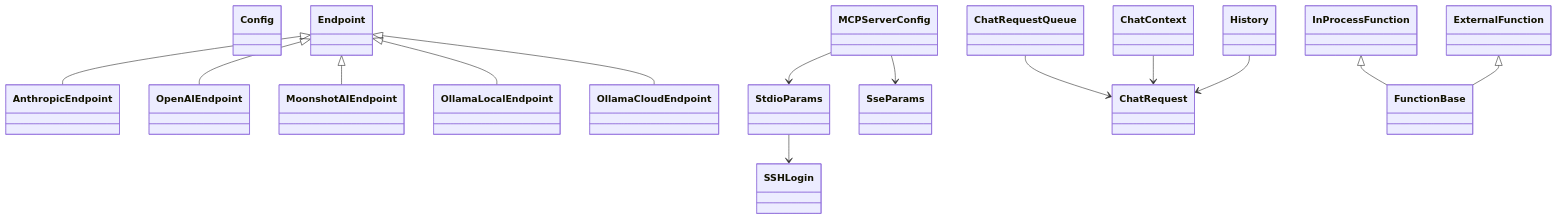
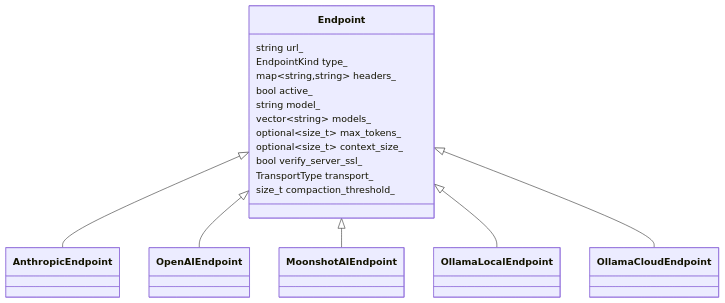
Before and after one commit to eranif/assistant: the first of 4 diagrams in .agents/summary/data_models.md, drawn with Mermaid. The commit also changed other lines of this file and 9 other files, not shown here.

````diff
--- a/.agents/summary/data_models.md
+++ b/.agents/summary/data_models.md
@@ -57,35 +94,26 @@
 ```mermaid
 classDiagram
-  class Config
-  class Endpoint
+  class Endpoint {
+    string url_
+    EndpointKind type_
+    map~string,string~ headers_
+    bool active_
+    string model_
+    vector~string~ models_
+    optional~size_t~ max_tokens_
+    optional~size_t~ context_size_
+    bool verify_server_ssl_
+    TransportType transport_
+    size_t compaction_threshold_
+  }
   class AnthropicEndpoint
   class OpenAIEndpoint
   class MoonshotAIEndpoint
   class OllamaLocalEndpoint
   class OllamaCloudEndpoint
-  class MCPServerConfig
-  class StdioParams
-  class SseParams
-  class SSHLogin
-  class ChatRequest
-  class ChatContext
-  class ChatRequestQueue
-  class History
-  class FunctionBase
-  class InProcessFunction
-  class ExternalFunction
-
   Endpoint <|-- AnthropicEndpoint
   Endpoint <|-- OpenAIEndpoint
   Endpoint <|-- MoonshotAIEndpoint
   Endpoint <|-- OllamaLocalEndpoint
   Endpoint <|-- OllamaCloudEndpoint
-  MCPServerConfig --> StdioParams
-  MCPServerConfig --> SseParams
-  StdioParams --> SSHLogin
-  InProcessFunction <|-- FunctionBase
-  ExternalFunction <|-- FunctionBase
-  ChatRequestQueue --> ChatRequest
-  ChatContext --> ChatRequest
-  History --> ChatRequest
 ```
````
